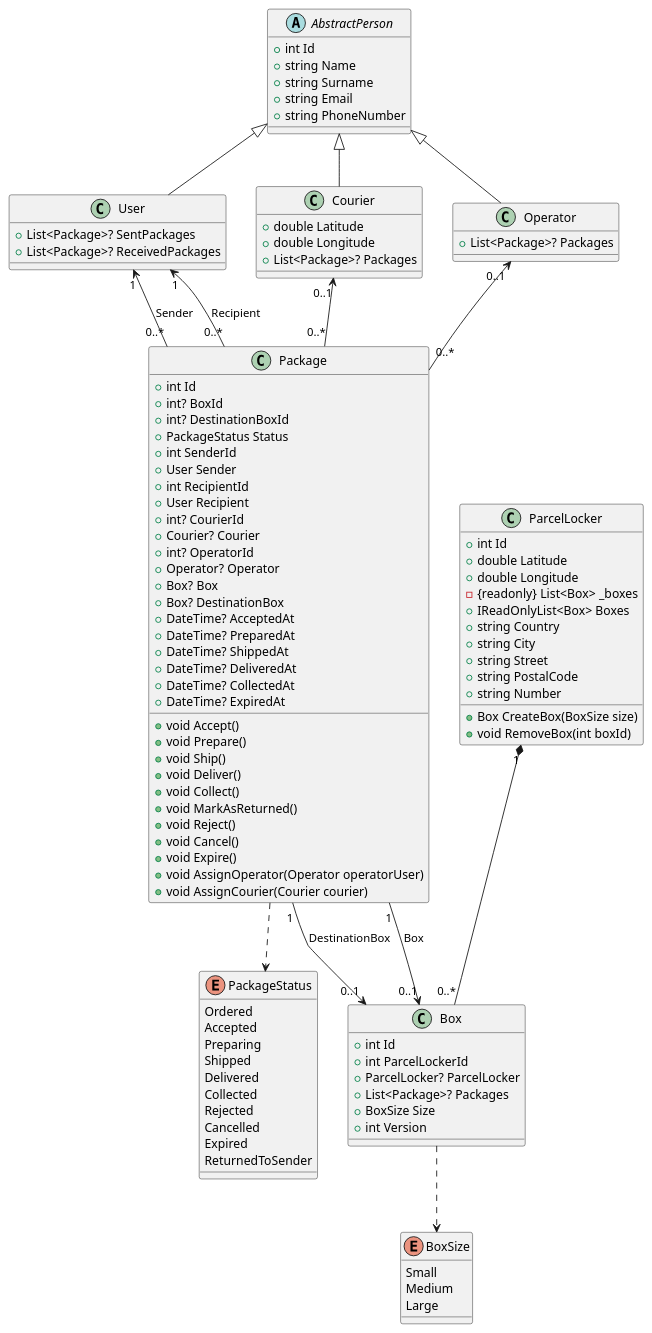
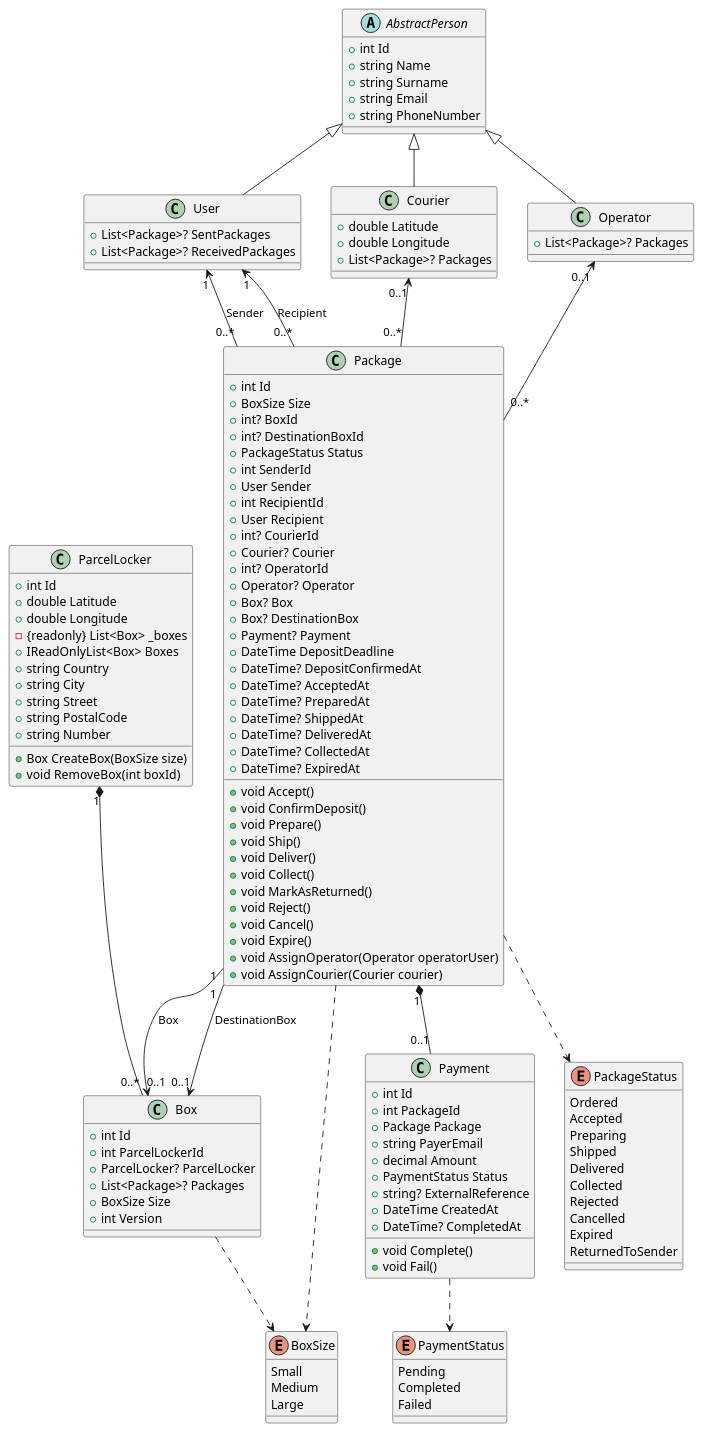
One commit to Krzysiek-Mistrz/package_managment_system changed the diagram in docs/class-diagram.puml. Above: the diagram before and after it, drawn with PlantUML. The commit also changed 22 other files, not shown here.

```diff
--- a/docs/class-diagram.puml
+++ b/docs/class-diagram.puml
@@ -1,126 +1,156 @@
 @startuml
 
 '--------------classes-----------------
 
 abstract class AbstractPerson {
     +int Id
     +string Name 
     +string Surname 
     +string Email 
     +string PhoneNumber 
 }
 
 class User {
     +List<Package>? SentPackages
     +List<Package>? ReceivedPackages
 }
 
 class Courier {
     +double Latitude
     +double Longitude
     +List<Package>? Packages
 }
 
 class Operator {
     +List<Package>? Packages
 }
 
 class Package {
     +int Id
-    +int? BoxId 
-    +int? DestinationBoxId 
+    +BoxSize Size
+    +int? BoxId
+    +int? DestinationBoxId
     +PackageStatus Status
-    +int SenderId 
+    +int SenderId
     +User Sender
-    +int RecipientId 
+    +int RecipientId
     +User Recipient
-    +int? CourierId 
-    +Courier? Courier 
-    +int? OperatorId 
-    +Operator? Operator 
+    +int? CourierId
+    +Courier? Courier
+    +int? OperatorId
+    +Operator? Operator
     +Box? Box
-    +Box? DestinationBox 
+    +Box? DestinationBox
+    +Payment? Payment
+    +DateTime DepositDeadline
+    +DateTime? DepositConfirmedAt
     +DateTime? AcceptedAt
     +DateTime? PreparedAt
     +DateTime? ShippedAt
     +DateTime? DeliveredAt
     +DateTime? CollectedAt
     +DateTime? ExpiredAt
 
     +void Accept()
+    +void ConfirmDeposit()
     +void Prepare()
     +void Ship()
     +void Deliver()
     +void Collect()
     +void MarkAsReturned()
     +void Reject()
     +void Cancel()
     +void Expire()
     +void AssignOperator(Operator operatorUser)
     +void AssignCourier(Courier courier)
+}
+
+class Payment {
+    +int Id
+    +int PackageId
+    +Package Package
+    +string PayerEmail
+    +decimal Amount
+    +PaymentStatus Status
+    +string? ExternalReference
+    +DateTime CreatedAt
+    +DateTime? CompletedAt
+
+    +void Complete()
+    +void Fail()
 }
 
 class Box {
     +int Id
     +int ParcelLockerId 
     +ParcelLocker? ParcelLocker
     +List<Package>? Packages
     +BoxSize Size 
     +int Version 
 }
 
 class ParcelLocker {
     +int Id
     +double Latitude 
     +double Longitude 
     -{readonly} List<Box> _boxes
     +IReadOnlyList<Box> Boxes
     +string Country
     +string City
     +string Street
     +string PostalCode
     +string Number
 
     +Box CreateBox(BoxSize size)
     +void RemoveBox(int boxId)
 }
 
 enum PackageStatus {
     Ordered
     Accepted
     Preparing
     Shipped
     Delivered
     Collected
     Rejected
     Cancelled
     Expired
     ReturnedToSender
 }
 
 enum BoxSize {
     Small
     Medium
     Large
 }
 
+enum PaymentStatus {
+    Pending
+    Completed
+    Failed
+}
+
 ' ------------relations-------------
 
 AbstractPerson <|-- User
 AbstractPerson <|-- Courier
 AbstractPerson <|-- Operator
 
 User "1" <-- "0..*" Package : Sender
 User "1" <-- "0..*" Package : Recipient
 Courier "0..1" <-- "0..*" Package
 Operator "0..1" <-- "0..*" Package
 
 Package "1" --> "0..1" Box : Box
 Package "1" --> "0..1" Box : DestinationBox
 
 ParcelLocker "1" *-- "0..*" Box
 
+Package "1" *-- "0..1" Payment
+
 Package ..> PackageStatus
+Package ..> BoxSize
 Box ..> BoxSize
+Payment ..> PaymentStatus
 
 @enduml
```
